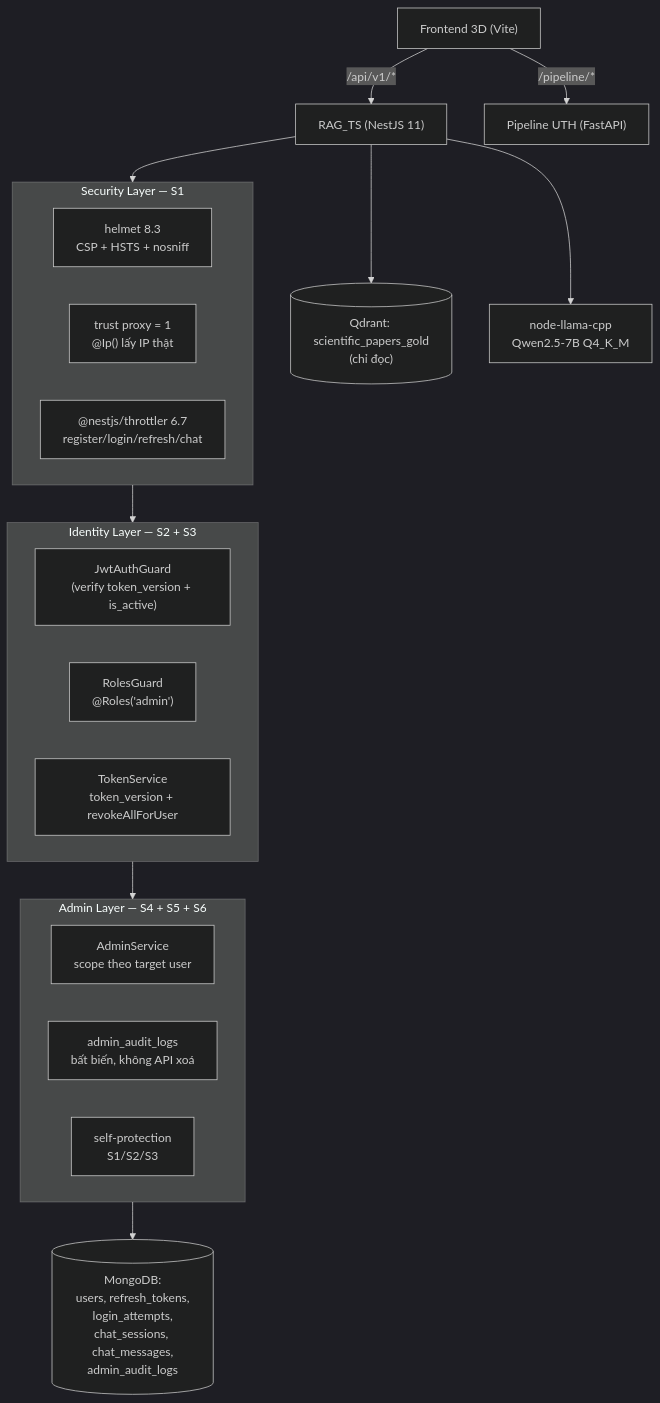
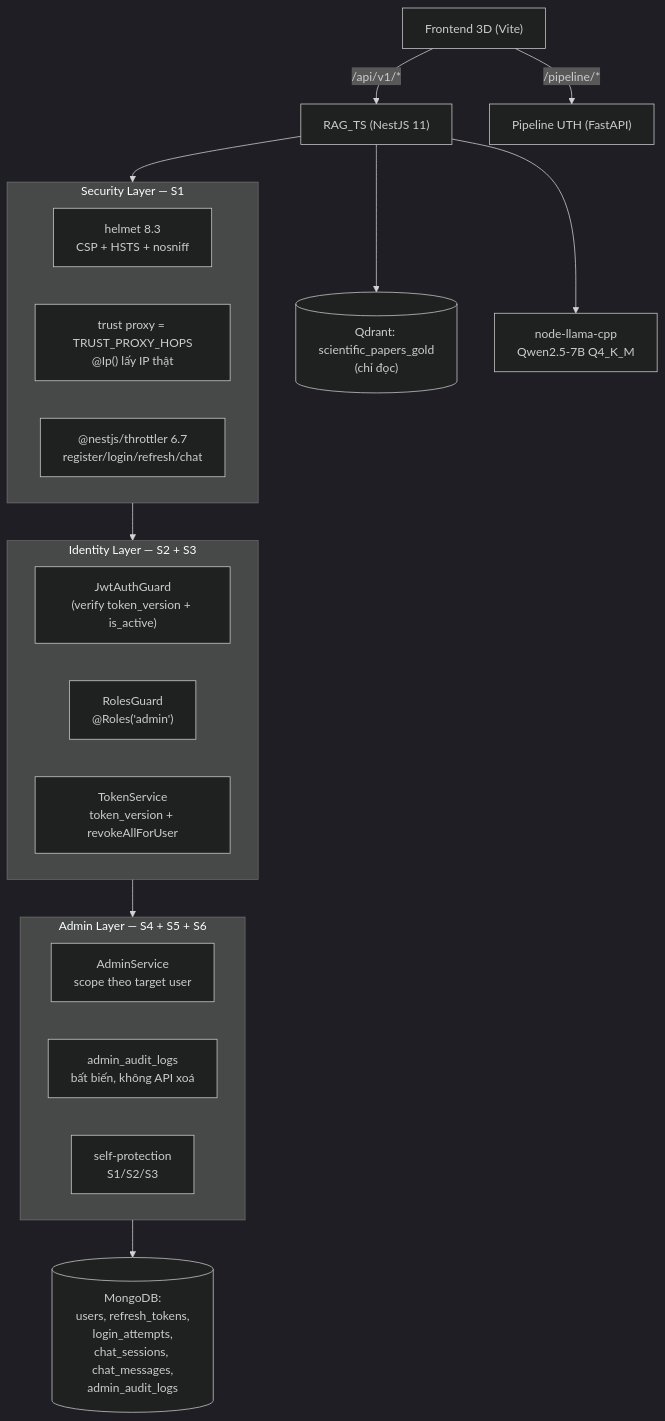
One commit to QuangManhAI/RAG_TS changed the first of 2 diagrams in docs/prompt_security.md. Above: the diagram before and after it, drawn with Mermaid (dark theme). The commit also changed other lines of this file and 39 other files, not shown here.

````diff
--- a/docs/prompt_security.md
+++ b/docs/prompt_security.md
@@ -36,28 +38,28 @@
 ```mermaid
 flowchart TB
     FE["Frontend 3D (Vite)"] -->|"/api/v1/*"| API["RAG_TS (NestJS 11)"]
     FE -->|"/pipeline/*"| PIPE["Pipeline UTH (FastAPI)"]
 
     subgraph SEC["Security Layer — S1"]
         HEL["helmet 8.3<br/>CSP + HSTS + nosniff"]
-        TP["trust proxy = 1<br/>@Ip() lấy IP thật"]
+        TP["trust proxy = TRUST_PROXY_HOPS<br/>@Ip() lấy IP thật"]
         TH["@nestjs/throttler 6.7<br/>register/login/refresh/chat"]
     end
 
     subgraph AUTH["Identity Layer — S2 + S3"]
         GUARD["JwtAuthGuard<br/>(verify token_version + is_active)"]
         RGUARD["RolesGuard<br/>@Roles('admin')"]
         TOK["TokenService<br/>token_version + revokeAllForUser"]
     end
 
     subgraph ADMIN["Admin Layer — S4 + S5 + S6"]
         ACL["AdminService<br/>scope theo target user"]
         AUD["admin_audit_logs<br/>bất biến, không API xoá"]
         SELF["self-protection<br/>S1/S2/S3"]
     end
 
     API --> SEC --> AUTH --> ADMIN
     ADMIN --> MONGO[("MongoDB:<br/>users, refresh_tokens,<br/>login_attempts,<br/>chat_sessions, chat_messages,<br/>admin_audit_logs")]
     API --> QDRANT[("Qdrant: scientific_papers_gold<br/>(chỉ đọc)")]
     API --> LLM["node-llama-cpp<br/>Qwen2.5-7B Q4_K_M"]
 ```
````
